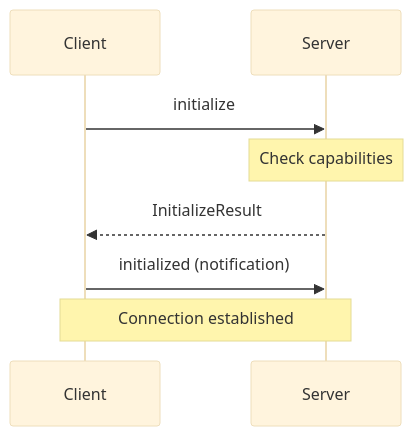
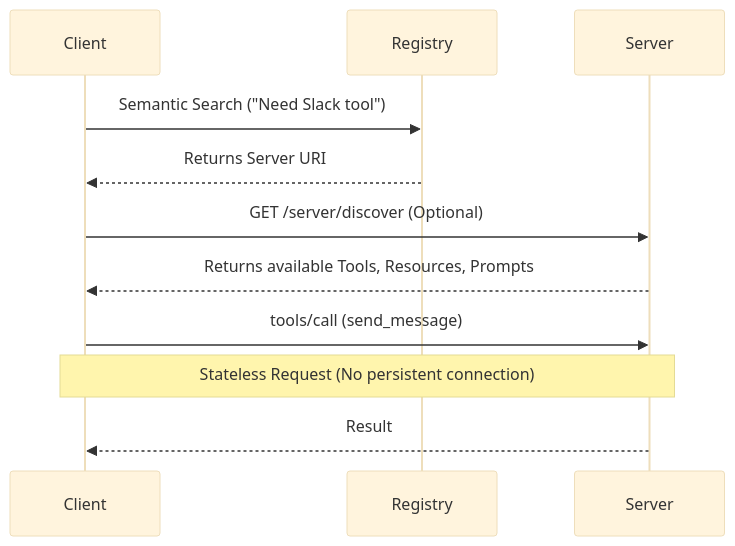
One commit to imagarg01/LearningStuff changed the fifth of 6 diagrams in docs/AI/MCP/01_architecture.md. Above: the diagram before and after it, drawn with Mermaid (base theme). The commit also changed other lines of this file and 26 other files, not shown here.

````diff
--- a/docs/AI/MCP/01_architecture.md
+++ b/docs/AI/MCP/01_architecture.md
@@ -166,12 +174,16 @@
 ```mermaid
 sequenceDiagram
     participant Client
+    participant Registry
     participant Server
     
-    Client->>Server: initialize
-    Note over Server: Check capabilities
-    Server-->>Client: InitializeResult
+    Client->>Registry: Semantic Search ("Need Slack tool")
+    Registry-->>Client: Returns Server URI
     
-    Client->>Server: initialized (notification)
-    Note over Client,Server: Connection established
+    Client->>Server: GET /server/discover (Optional)
+    Server-->>Client: Returns available Tools, Resources, Prompts
+    
+    Client->>Server: tools/call (send_message)
+    Note over Client,Server: Stateless Request (No persistent connection)
+    Server-->>Client: Result
 ```
````
